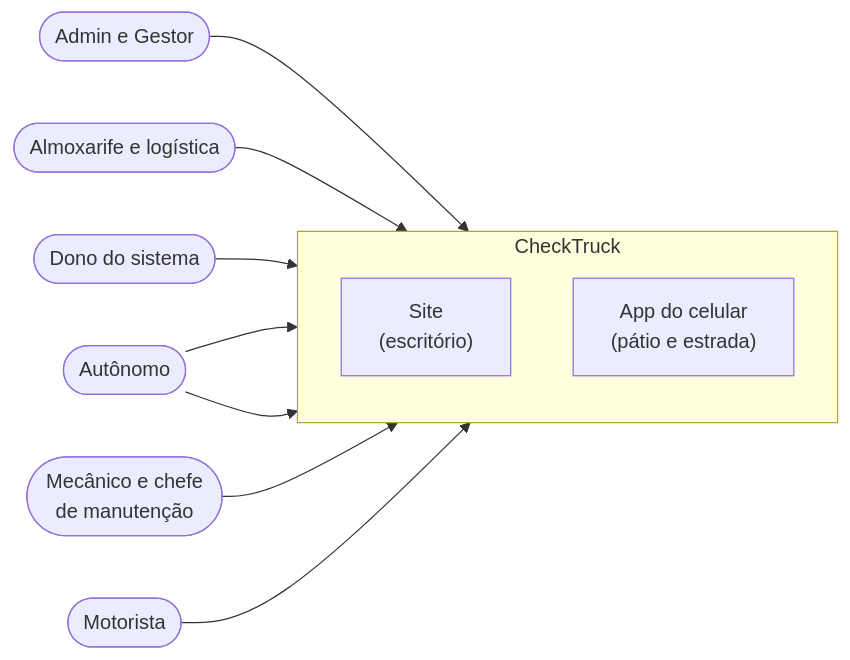
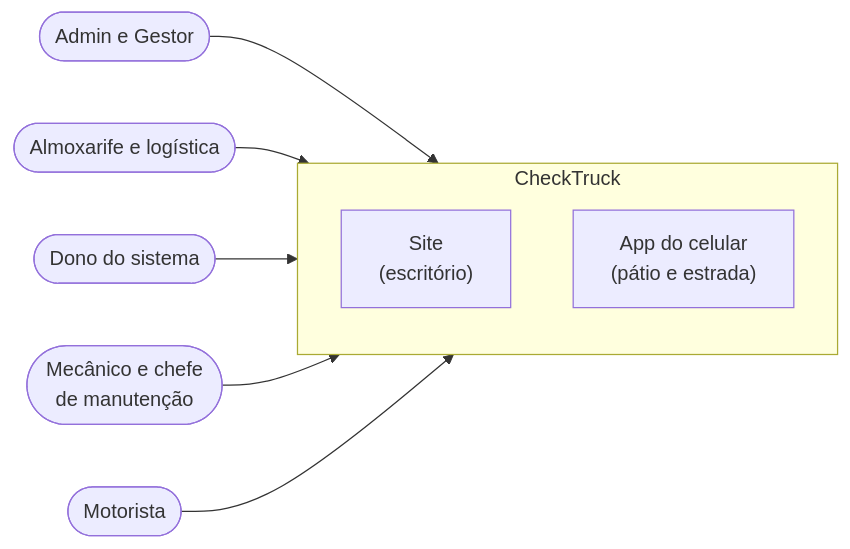
The first of 4 diagrams in docs/arquitetura.md (LeandroPoletti/CheckTruck), drawn with Mermaid before and after one commit. The commit also changed other lines of this file and 63 other files, not shown here.

````diff
--- a/docs/arquitetura.md
+++ b/docs/arquitetura.md
@@ -12,23 +12,20 @@
 ```mermaid
 flowchart LR
     gestao(["Admin e Gestor"])
     almox(["Almoxarife e logística"])
     dono(["Dono do sistema"])
-    aut(["Autônomo"])
     mec(["Mecânico e chefe<br/>de manutenção"])
     mot(["Motorista"])
 
     subgraph ct["CheckTruck"]
         direction TB
         site["Site<br/>(escritório)"]
         app["App do celular<br/>(pátio e estrada)"]
     end
 
     gestao --> site
     almox --> site
     dono --> site
-    aut --> site
-    aut --> app
     mec --> app
     mot --> app
 ```
````
